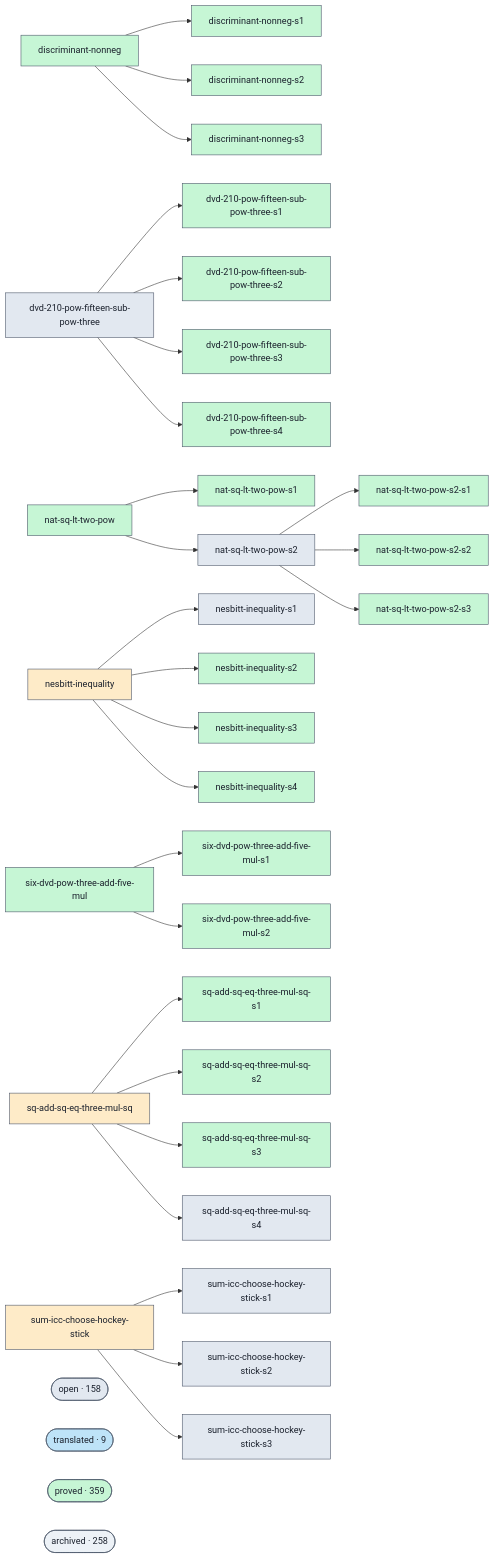
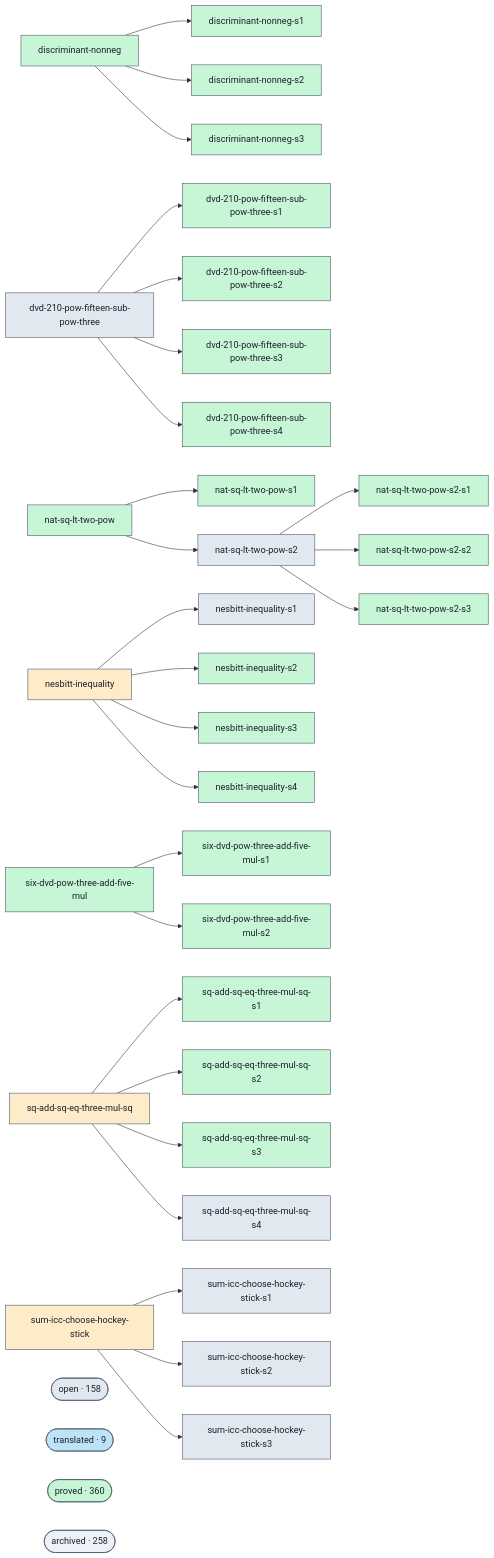
Before and after one commit to Rauxon/unsorry: the diagram in docs/proofs-contributors-visualisation.md, drawn with Mermaid. The commit also changed other lines of this file and 2 other files, not shown here.

```diff
--- a/docs/proofs-contributors-visualisation.md
+++ b/docs/proofs-contributors-visualisation.md
@@ -147,7 +147,7 @@
   class cluster_open open;
   cluster_translated(["translated · 9"])
   class cluster_translated translated;
-  cluster_proved(["proved · 359"])
+  cluster_proved(["proved · 360"])
   class cluster_proved proved;
   cluster_archived(["archived · 258"])
   class cluster_archived unknown;
```
